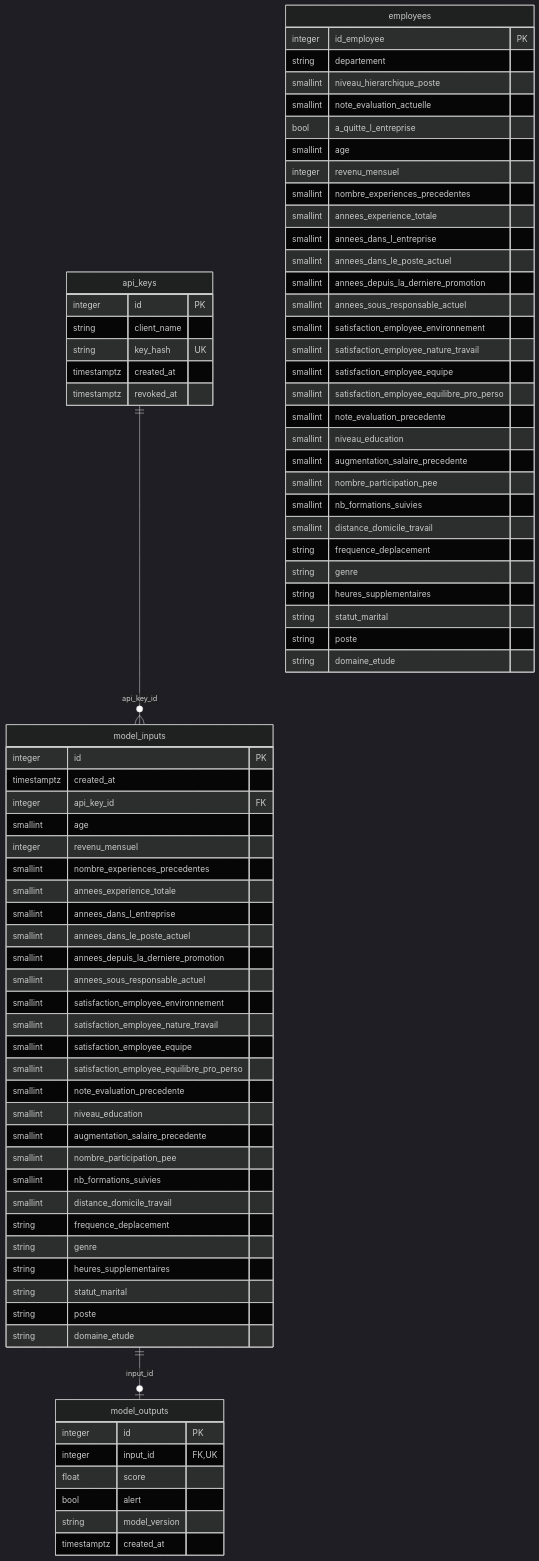
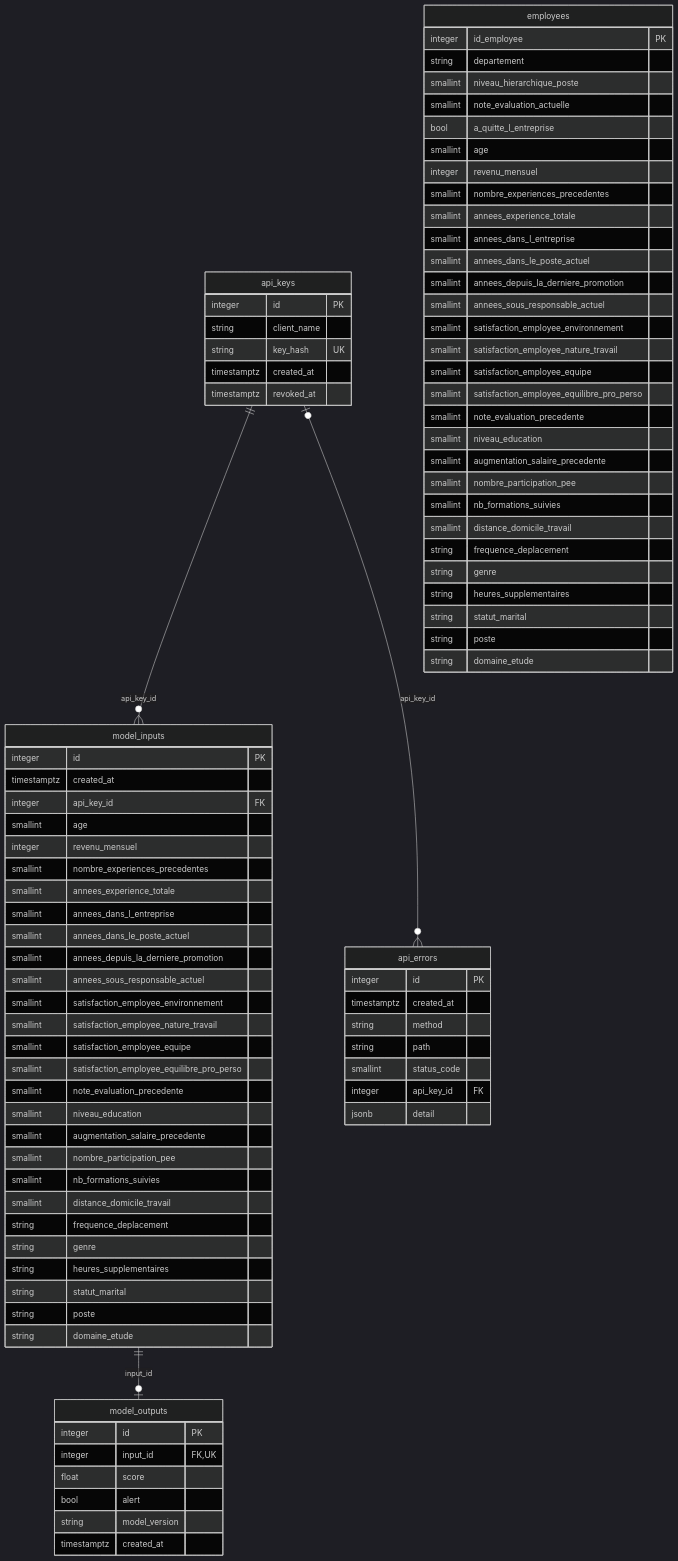
One commit to dapitch666/oc-p05-attrition-ml-deployment changed the diagram in README.md. Above: the diagram before and after it, drawn with Mermaid (dark theme). The commit also changed other lines of this file and 6 other files, not shown here.

```diff
--- a/README.md
+++ b/README.md
@@ -177,6 +196,7 @@
 erDiagram
     api_keys ||--o{ model_inputs : "api_key_id"
     model_inputs ||--o| model_outputs : "input_id"
+    api_keys |o--o{ api_errors : "api_key_id"
 
     api_keys {
         integer id PK
@@ -222,6 +242,15 @@
         string model_version
         timestamptz created_at
     }
+    api_errors {
+        integer id PK
+        timestamptz created_at
+        string method
+        string path
+        smallint status_code
+        integer api_key_id FK
+        jsonb detail
+    }
     employees {
         integer id_employee PK
         string departement
```
